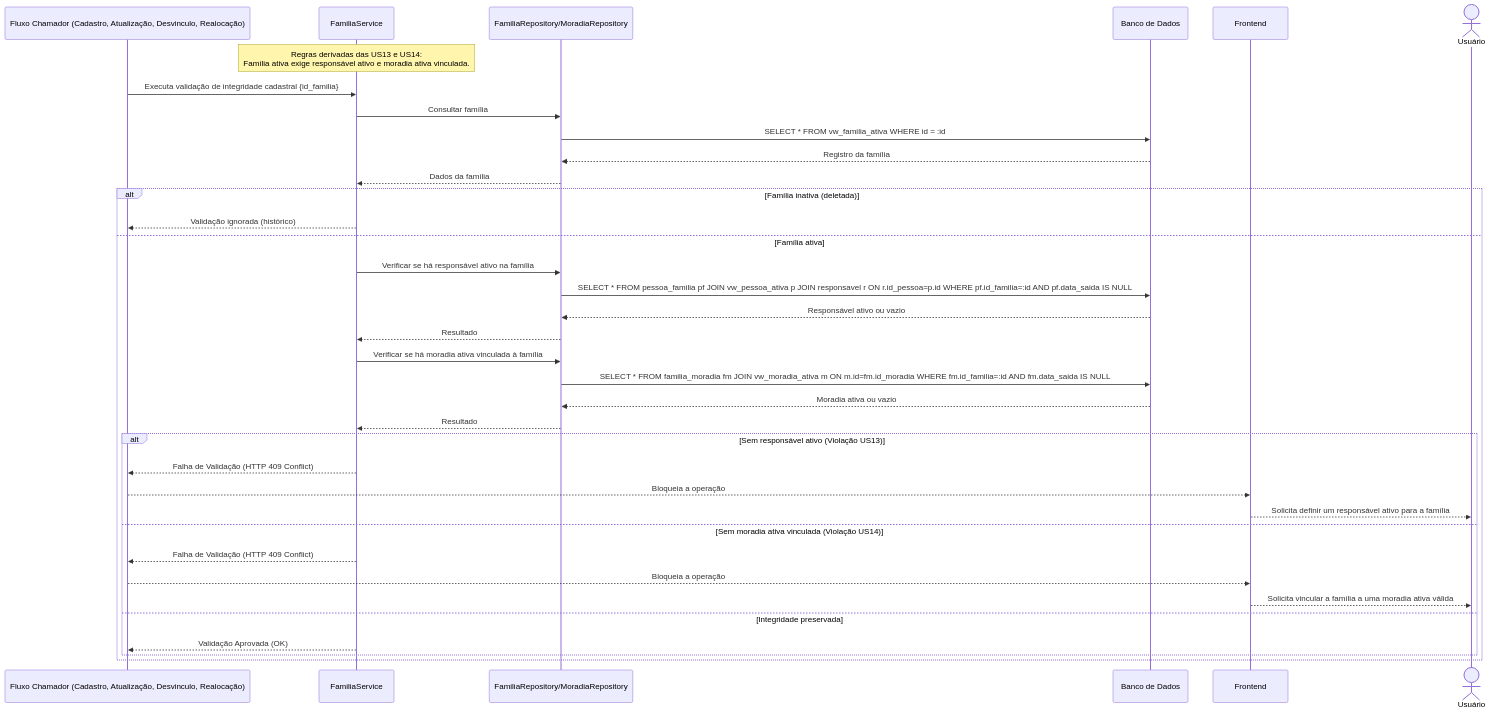
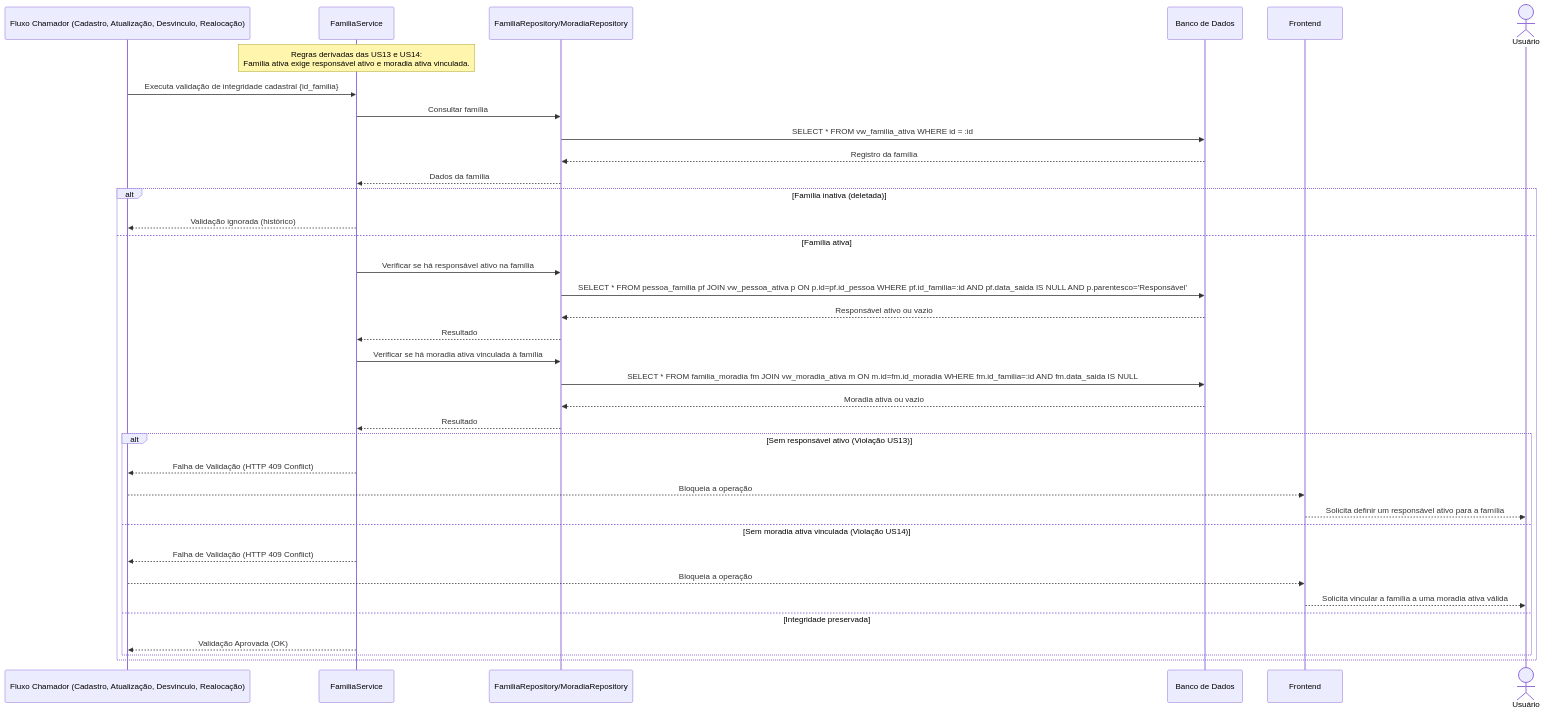
Before and after one commit to davitricarico-wq/g03: diagram 14 of 17 in documentos/wad.md, drawn with Mermaid. The commit also changed other lines of this file, not shown here.

````diff
--- a/documentos/wad.md
+++ b/documentos/wad.md
@@ -1398,43 +1398,43 @@
 ```mermaid
 sequenceDiagram
     participant Chamador as Fluxo Chamador (Cadastro, Atualização, Desvinculo, Realocação)
     participant Service as FamiliaService
     participant Repository as FamiliaRepository/MoradiaRepository
     participant DB as Banco de Dados
     participant Frontend as Frontend
     actor Usuario as Usuário
 
     Note over Service: Regras derivadas das US13 e US14:<br/>Família ativa exige responsável ativo e moradia ativa vinculada.
 
     Chamador->>Service: Executa validação de integridade cadastral {id_familia}
     Service->>Repository: Consultar família
     Repository->>DB: SELECT * FROM vw_familia_ativa WHERE id = :id
     DB-->>Repository: Registro da família
     Repository-->>Service: Dados da família
 
     alt Família inativa (deletada)
         Service-->>Chamador: Validação ignorada (histórico)
     else Família ativa
         Service->>Repository: Verificar se há responsável ativo na família
-        Repository->>DB: SELECT * FROM pessoa_familia pf JOIN vw_pessoa_ativa p JOIN responsavel r ON r.id_pessoa=p.id WHERE pf.id_familia=:id AND pf.data_saida IS NULL
+        Repository->>DB: SELECT * FROM pessoa_familia pf JOIN vw_pessoa_ativa p ON p.id=pf.id_pessoa WHERE pf.id_familia=:id AND pf.data_saida IS NULL AND p.parentesco='Responsável'
         DB-->>Repository: Responsável ativo ou vazio
         Repository-->>Service: Resultado
 
         Service->>Repository: Verificar se há moradia ativa vinculada à família
         Repository->>DB: SELECT * FROM familia_moradia fm JOIN vw_moradia_ativa m ON m.id=fm.id_moradia WHERE fm.id_familia=:id AND fm.data_saida IS NULL
         DB-->>Repository: Moradia ativa ou vazio
         Repository-->>Service: Resultado
 
         alt Sem responsável ativo (Violação US13)
             Service-->>Chamador: Falha de Validação (HTTP 409 Conflict)
             Chamador-->>Frontend: Bloqueia a operação
             Frontend-->>Usuario: Solicita definir um responsável ativo para a família
         else Sem moradia ativa vinculada (Violação US14)
             Service-->>Chamador: Falha de Validação (HTTP 409 Conflict)
             Chamador-->>Frontend: Bloqueia a operação
             Frontend-->>Usuario: Solicita vincular a família a uma moradia ativa válida
         else Integridade preservada
             Service-->>Chamador: Validação Aprovada (OK)
         end
     end
 ```
````
